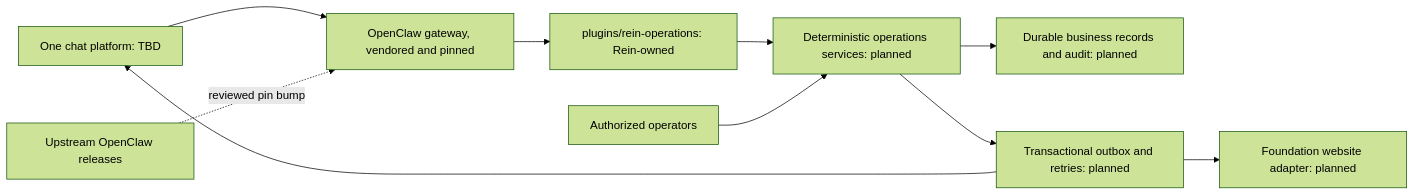
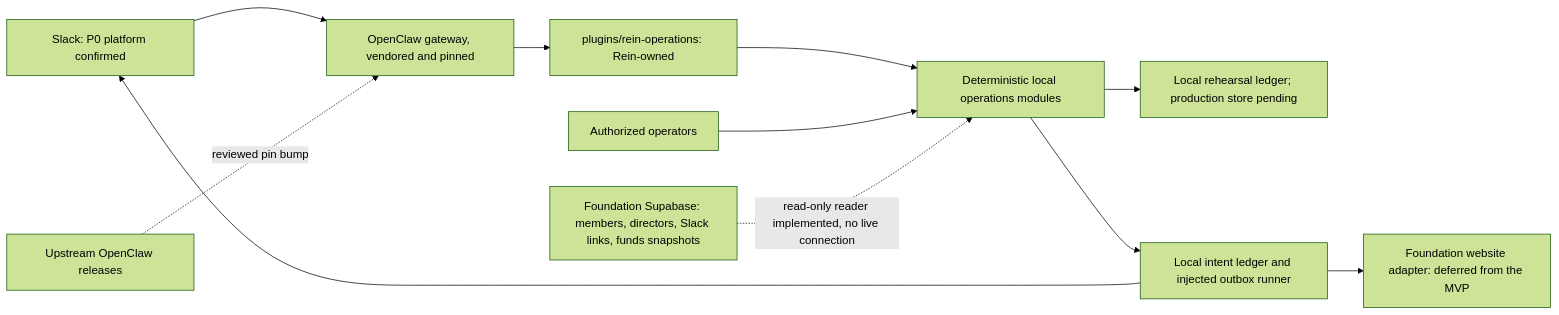
Before and after one commit to tempest2023/rein-agent: the first of 2 diagrams in docs/architecture.md, drawn with Mermaid (forest theme). The commit also changed other lines of this file and 68 other files, not shown here.

First line of the commit message:
Implement P0 MVP business core and governance modules

````diff
--- a/docs/architecture.md
+++ b/docs/architecture.md
@@ -29,12 +29,13 @@
 ```mermaid
 flowchart LR
-  Chat[One chat platform: TBD] --> Gateway[OpenClaw gateway, vendored and pinned]
+  Chat[Slack: P0 platform confirmed] --> Gateway[OpenClaw gateway, vendored and pinned]
   Gateway --> Plugin[plugins/rein-operations: Rein-owned]
-  Plugin --> Domain[Deterministic operations services: planned]
-  Domain --> Records[Durable business records and audit: planned]
-  Domain --> Outbox[Transactional outbox and retries: planned]
+  Plugin --> Domain[Deterministic local operations modules]
+  Domain --> Records[Local rehearsal ledger; production store pending]
+  Domain --> Outbox[Local intent ledger and injected outbox runner]
   Outbox --> Chat
-  Outbox --> Website[Foundation website adapter: planned]
+  Outbox --> Website[Foundation website adapter: deferred from the MVP]
   Admin[Authorized operators] --> Domain
   Upstream[Upstream OpenClaw releases] -. reviewed pin bump .-> Gateway
+  Data[Foundation Supabase: members, directors, Slack links, funds snapshots] -. read-only reader implemented, no live connection .-> Domain
 ```
````
